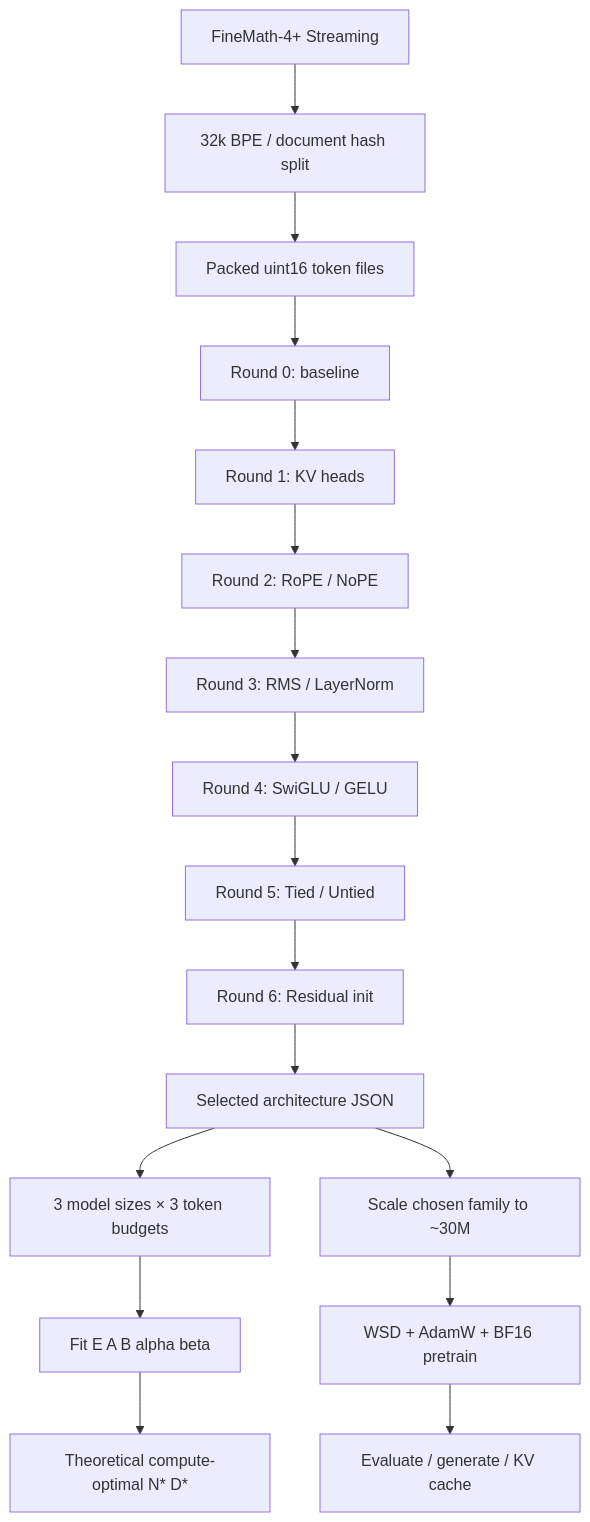
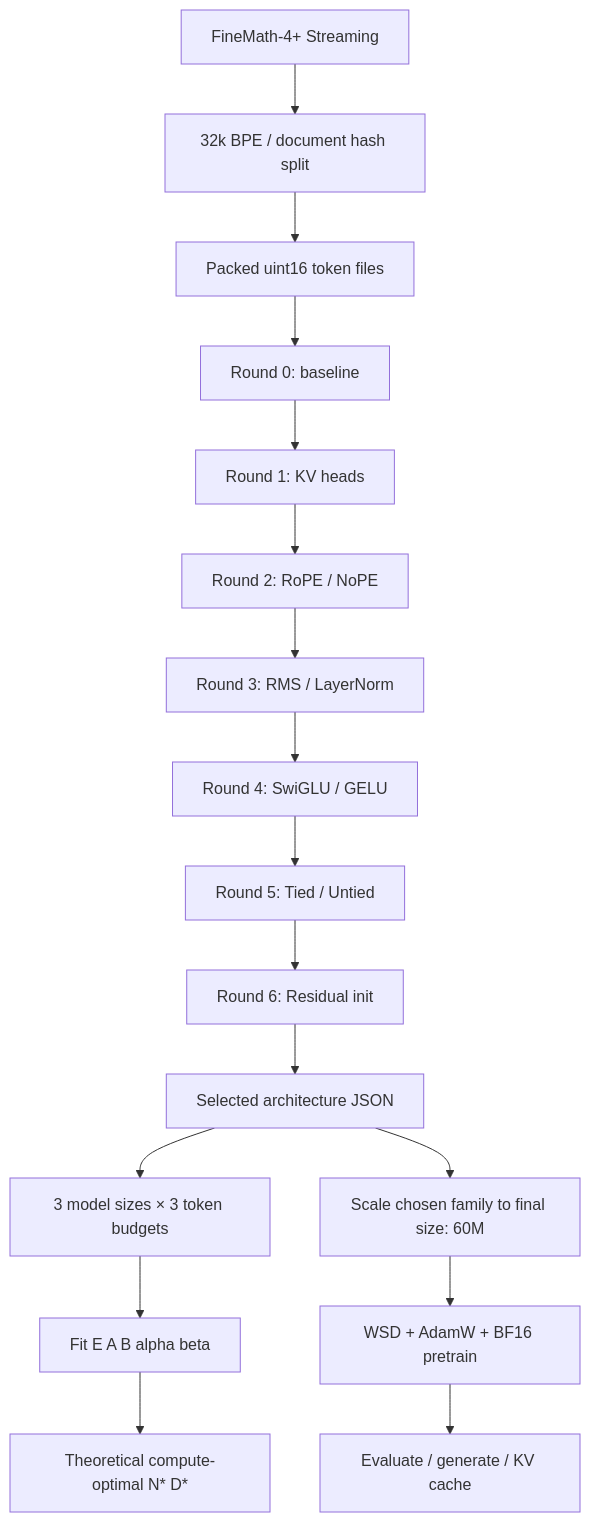
The diagram in mathgpt30m/AGENT_HANDOFF.md (advertisment1/MathGPT30M-Agent-Complete), drawn with Mermaid before and after one commit. The commit also changed other lines of this file and 11 other files, not shown here.

````diff
--- a/mathgpt30m/AGENT_HANDOFF.md
+++ b/mathgpt30m/AGENT_HANDOFF.md
@@ -22,19 +24,19 @@
 ```mermaid
 flowchart TD
     A[FineMath-4+ Streaming] --> B[32k BPE / document hash split]
     B --> C[Packed uint16 token files]
     C --> D[Round 0: baseline]
     D --> E[Round 1: KV heads]
     E --> F[Round 2: RoPE / NoPE]
     F --> G[Round 3: RMS / LayerNorm]
     G --> H[Round 4: SwiGLU / GELU]
     H --> I[Round 5: Tied / Untied]
     I --> J[Round 6: Residual init]
     J --> K[Selected architecture JSON]
     K --> L[3 model sizes × 3 token budgets]
     L --> M[Fit E A B alpha beta]
     M --> N[Theoretical compute-optimal N* D*]
-    K --> O[Scale chosen family to ~30M]
+    K --> O[Scale chosen family to final size: 60M]
     O --> P[WSD + AdamW + BF16 pretrain]
     P --> Q[Evaluate / generate / KV cache]
 ```
````
